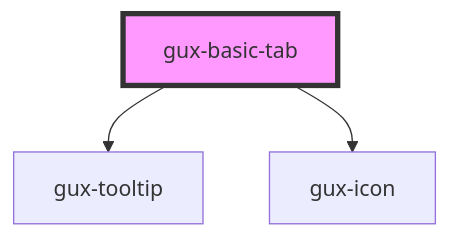
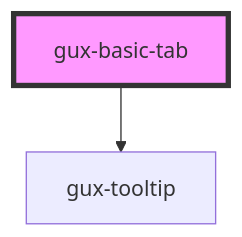
Before and after one commit to Retsam/genesys-webcomponents: the diagram in src/components/beta/gux-basic-tabs/gux-basic-tab/readme.md, drawn with Mermaid. The commit also changed other lines of this file and 10 other files, not shown here.

Commit message:
chore(gux-basic-tabs): addressed PR comments

````diff
--- a/src/components/beta/gux-basic-tabs/gux-basic-tab/readme.md
+++ b/src/components/beta/gux-basic-tabs/gux-basic-tab/readme.md
@@ -33,6 +32,5 @@
 ```mermaid
 graph TD;
   gux-basic-tab --> gux-tooltip
-  gux-basic-tab --> gux-icon
   style gux-basic-tab fill:#f9f,stroke:#333,stroke-width:4px
 ```
````
